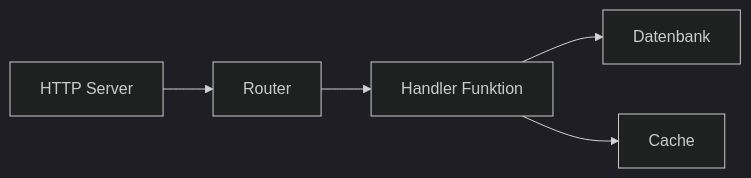
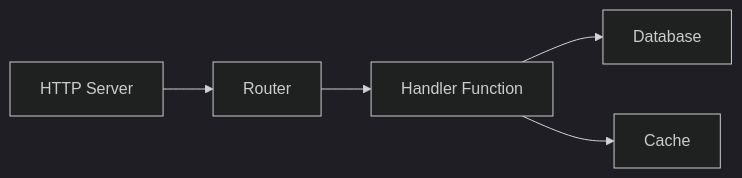
The first of 2 diagrams in de/guides/supervision.md (wippyai/docs), drawn with Mermaid (dark theme) before and after one commit. The commit also changed other lines of this file and 870 other files, not shown here.

````diff
--- a/de/guides/supervision.md
+++ b/de/guides/supervision.md
@@ -55,7 +59,7 @@
 ```mermaid
 graph LR
     A[HTTP Server] --> B[Router]
-    B --> C[Handler Funktion]
-    C --> D[Datenbank]
+    B --> C[Handler Function]
+    C --> D[Database]
     C --> E[Cache]
 ```
````
